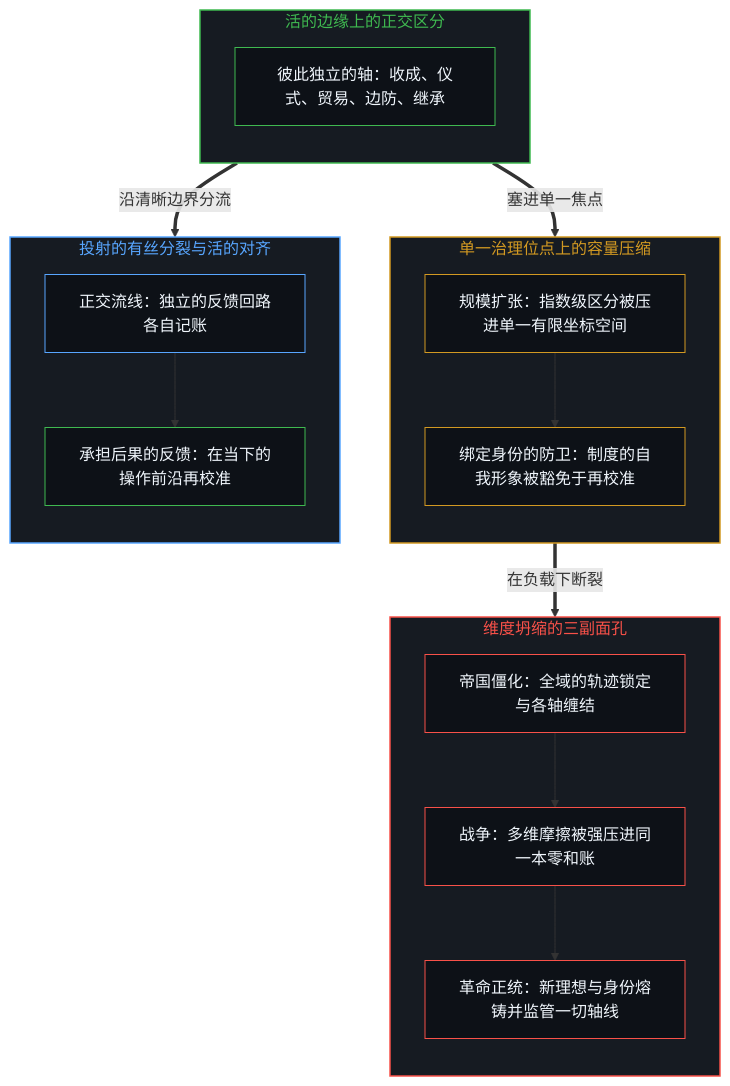
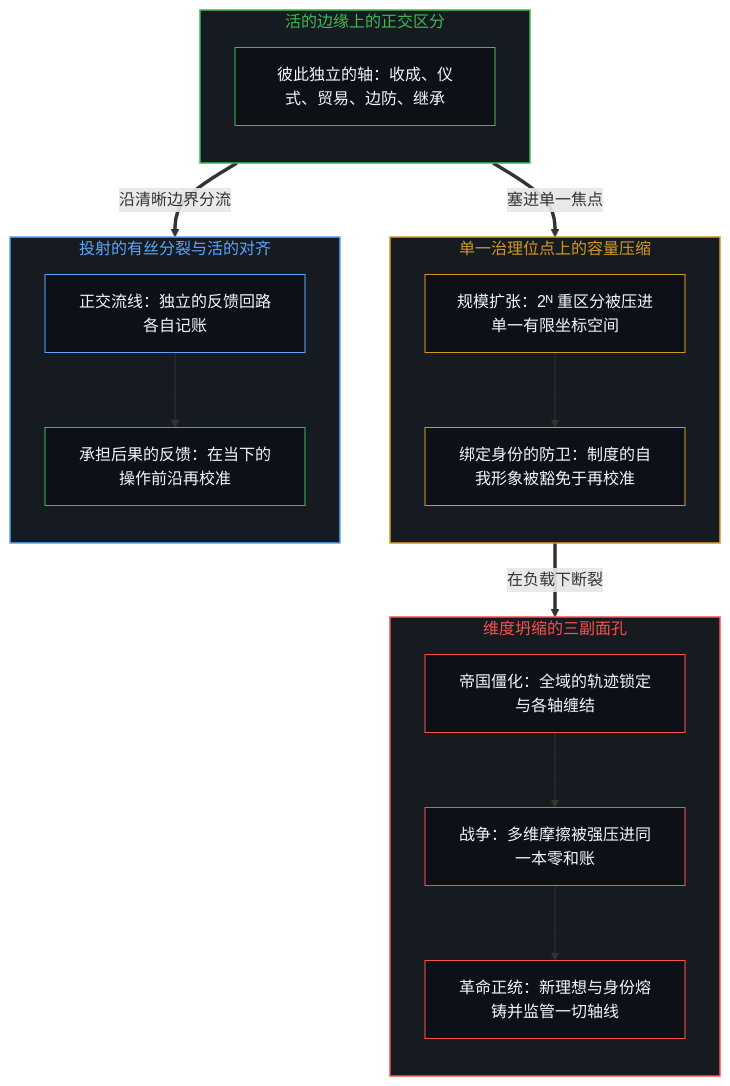
The first of 2 diagrams in content/posts/war-revolution-and-the-fall-of-empires.md (powerpig99/not-a-toe), drawn with Mermaid before and after one commit. The commit also changed other lines of this file and 17 other files, not shown here.

````diff
--- a/content/posts/war-revolution-and-the-fall-of-empires.md
+++ b/content/posts/war-revolution-and-the-fall-of-empires.md
@@ -21,41 +21,41 @@
 ```mermaid
 flowchart TD
     subgraph S_Axes["活的边缘上的正交区分"]
         direction TB
         A1["彼此独立的轴：收成、仪式、贸易、边防、继承"]
     end
     subgraph S_Locus["单一治理位点上的容量压缩"]
         direction TB
-        L1["规模扩张：指数级区分被压进单一有限坐标空间"]
+        L1["规模扩张：2ᴺ 重区分被压进单一有限坐标空间"]
         L2["绑定身份的防卫：制度的自我形象被豁免于再校准"]
         L1 --> L2
     end
     subgraph S_Collapse["维度坍缩的三副面孔"]
         direction TB
         O1["帝国僵化：全域的轨迹锁定与各轴缠结"]
         O2["战争：多维摩擦被强压进同一本零和账"]
         O3["革命正统：新理想与身份熔铸并监管一切轴线"]
         O1 --> O2 --> O3
     end
     subgraph S_Open["投射的有丝分裂与活的对齐"]
         direction TB
         M1["正交流线：独立的反馈回路各自记账"]
         M2["承担后果的反馈：在当下的操作前沿再校准"]
         M1 --> M2
     end
     A1 ==>|"塞进单一焦点"| L1
     L2 ==>|"在负载下断裂"| O1
     A1 ==>|"沿清晰边界分流"| M1
     style S_Axes fill:#161b22,stroke:#3fb950,stroke-width:1.5px,color:#3fb950
     style S_Locus fill:#161b22,stroke:#d29922,stroke-width:1.5px,color:#d29922
     style S_Collapse fill:#161b22,stroke:#f85149,stroke-width:1.5px,color:#f85149
     style S_Open fill:#161b22,stroke:#58a6ff,stroke-width:1.5px,color:#58a6ff
     style A1 fill:#0d1117,stroke:#3fb950,stroke-width:1px,color:#f0f6fc
     style L1 fill:#0d1117,stroke:#d29922,stroke-width:1px,color:#f0f6fc
     style L2 fill:#0d1117,stroke:#d29922,stroke-width:1px,color:#f0f6fc
     style O1 fill:#0d1117,stroke:#f85149,stroke-width:1px,color:#f0f6fc
     style O2 fill:#0d1117,stroke:#f85149,stroke-width:1px,color:#f0f6fc
     style O3 fill:#0d1117,stroke:#f85149,stroke-width:1px,color:#f0f6fc
     style M1 fill:#0d1117,stroke:#58a6ff,stroke-width:1px,color:#f0f6fc
     style M2 fill:#0d1117,stroke:#3fb950,stroke-width:1px,color:#f0f6fc
 ```
````
